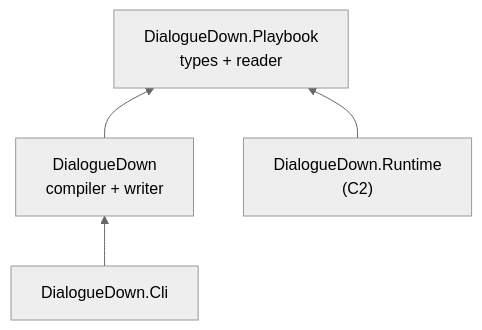
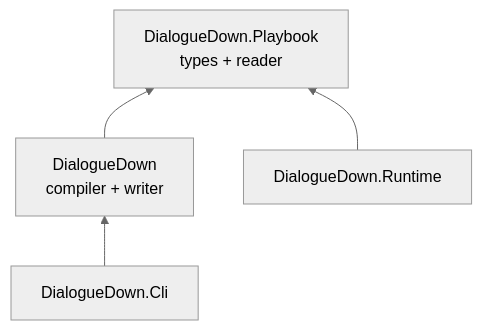
The diagram in docs/contributing/design-notes/runtime/Playbook Format.md (pengzhengyi/dialoguedown), drawn with Mermaid (neutral theme) before and after one commit. The commit also changed other lines of this file and 124 other files, not shown here.

````diff
--- a/docs/contributing/design-notes/runtime/Playbook Format.md
+++ b/docs/contributing/design-notes/runtime/Playbook Format.md
@@ -78,7 +49,7 @@
 ```mermaid
 flowchart BT
     PB["DialogueDown.Playbook<br/>types + reader"]
     C["DialogueDown<br/>compiler + writer"] --> PB
-    R["DialogueDown.Runtime<br/>(C2)"] --> PB
+    R["DialogueDown.Runtime"] --> PB
     CLI["DialogueDown.Cli"] --> C
 ```
````
